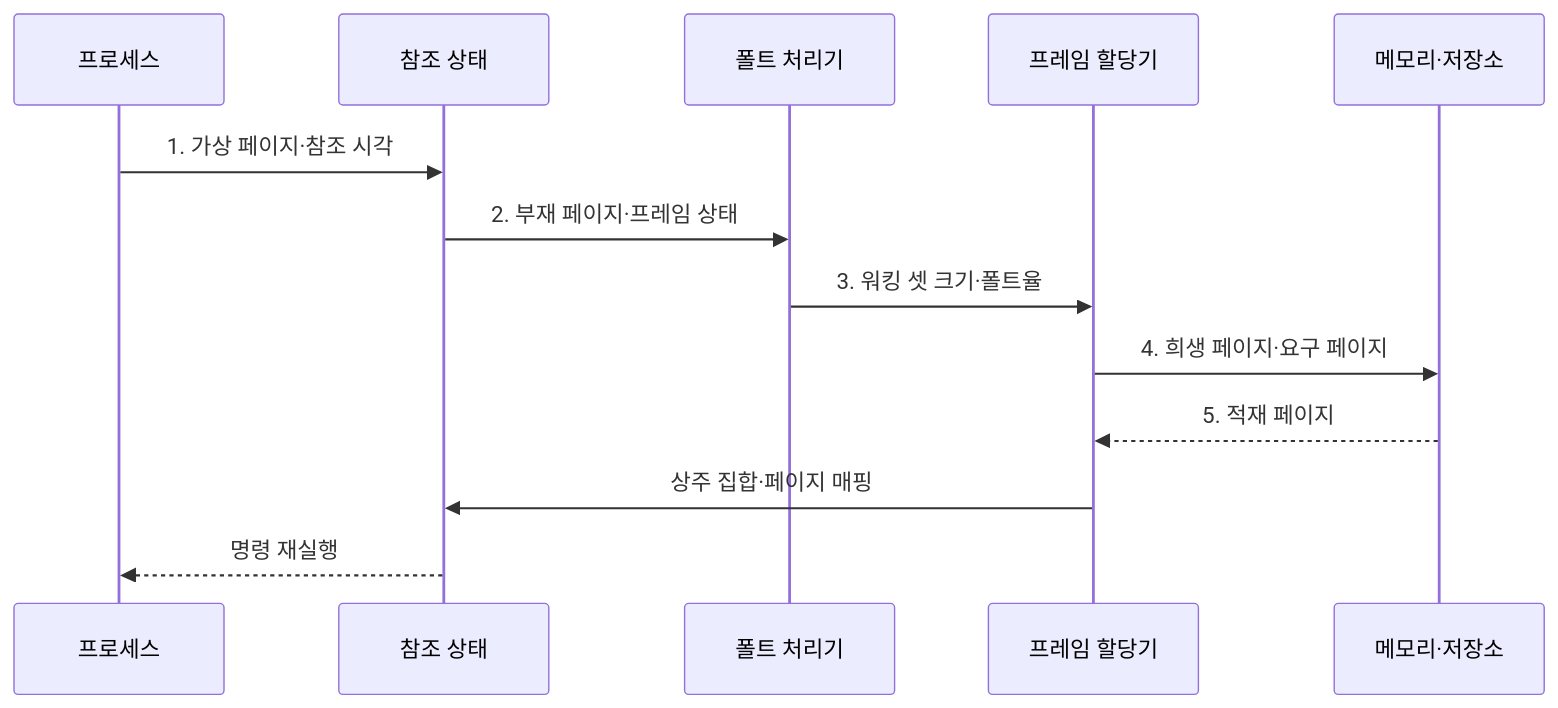
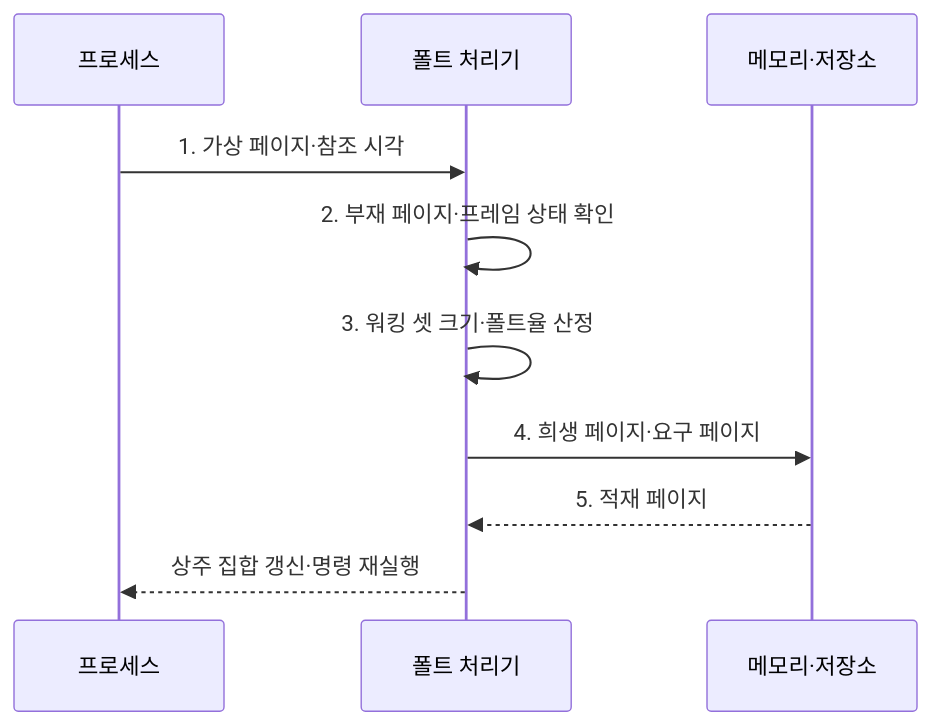
One commit to agnusdei1207/knowledge-base changed the second of 2 diagrams in src/content/docs/notes/03-software/016_working_set_page_fault.md. Above: the diagram before and after it, drawn with Mermaid. The commit also changed other lines of this file and 8 other files, not shown here.

Commit message:
Focus software system diagrams

````diff
--- a/src/content/docs/notes/03-software/016_working_set_page_fault.md
+++ b/src/content/docs/notes/03-software/016_working_set_page_fault.md
@@ -102,15 +102,12 @@
 ```mermaid
 sequenceDiagram
     participant P as 프로세스
-    participant R as 참조 상태
     participant H as 폴트 처리기
-    participant F as 프레임 할당기
     participant B as 메모리·저장소
-    P->>R: 1. 가상 페이지·참조 시각
-    R->>H: 2. 부재 페이지·프레임 상태
-    H->>F: 3. 워킹 셋 크기·폴트율
-    F->>B: 4. 희생 페이지·요구 페이지
-    B-->>F: 5. 적재 페이지
-    F->>R: 상주 집합·페이지 매핑
-    R-->>P: 명령 재실행
+    P->>H: 1. 가상 페이지·참조 시각
+    H->>H: 2. 부재 페이지·프레임 상태 확인
+    H->>H: 3. 워킹 셋 크기·폴트율 산정
+    H->>B: 4. 희생 페이지·요구 페이지
+    B-->>H: 5. 적재 페이지
+    H-->>P: 상주 집합 갱신·명령 재실행
 ```
````
